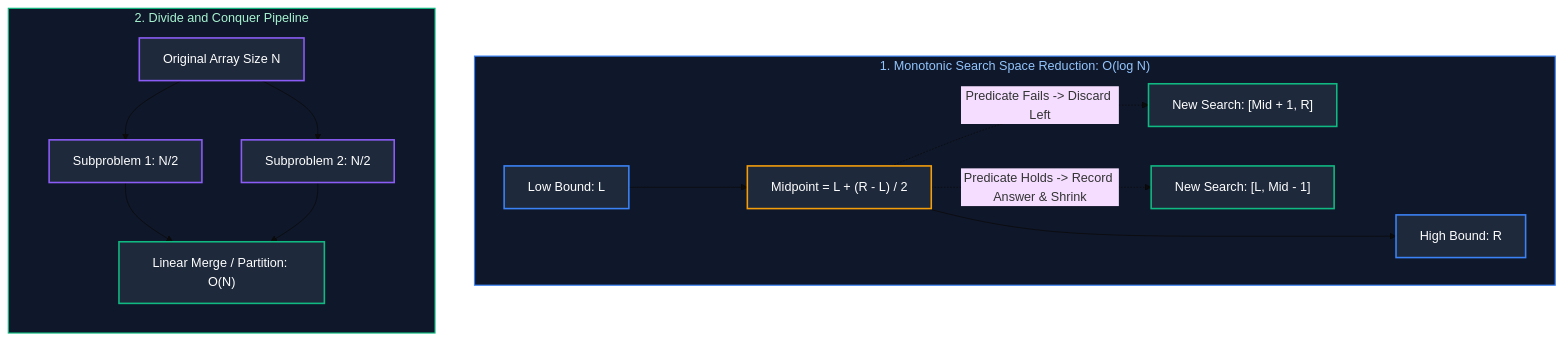
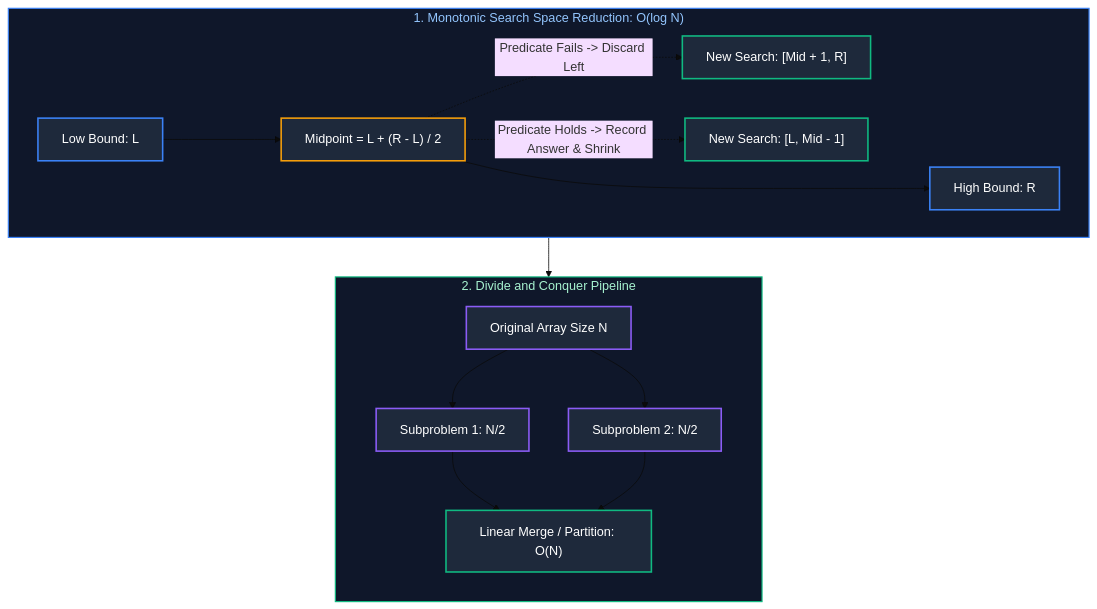
One commit to joydeep-biswas/Interview-Preparation changed the diagram in Supplemental Resources/Data Structures & Algorithms/04_binary_search_and_divide_and_conquer.md. Above: the diagram before and after it, drawn with Mermaid (base theme). The commit also changed other lines of this file and 63 other files, not shown here.

````diff
--- a/Supplemental Resources/Data Structures & Algorithms/04_binary_search_and_divide_and_conquer.md
+++ b/Supplemental Resources/Data Structures & Algorithms/04_binary_search_and_divide_and_conquer.md
@@ -9,29 +9,31 @@
 ```mermaid
 flowchart TD
     subgraph SearchSpace ["1. Monotonic Search Space Reduction: O(log N)"]
         direction LR
         Low["Low Bound: L"] ---> Mid["Midpoint = L + (R - L) / 2"] ---> High["High Bound: R"]
         Mid -.->|"Predicate Fails -> Discard Left"| NewL["New Search: [Mid + 1, R]"]
         Mid -.->|"Predicate Holds -> Record Answer & Shrink"| NewR["New Search: [L, Mid - 1]"]
     end
 
     subgraph DivideConquer ["2. Divide and Conquer Pipeline"]
         direction TB
         Problem["Original Array Size N"] --> Split1["Subproblem 1: N/2"]
         Problem --> Split2["Subproblem 2: N/2"]
         Split1 --> Merge["Linear Merge / Partition: O(N)"]
         Split2 --> Merge
     end
 
+    SearchSpace --> DivideConquer
+
     style SearchSpace fill:#0f172a,stroke:#3b82f6,stroke-width:1.5px,color:#93c5fd
     style DivideConquer fill:#0f172a,stroke:#10b981,stroke-width:1.5px,color:#a7f3d0
     style Low fill:#1e293b,stroke:#3b82f6,stroke-width:2px,color:#fff
     style Mid fill:#1e293b,stroke:#f59e0b,stroke-width:2px,color:#fff
     style High fill:#1e293b,stroke:#3b82f6,stroke-width:2px,color:#fff
     style NewL fill:#1e293b,stroke:#10b981,stroke-width:2px,color:#fff
     style NewR fill:#1e293b,stroke:#10b981,stroke-width:2px,color:#fff
     style Problem fill:#1e293b,stroke:#8b5cf6,stroke-width:2px,color:#fff
     style Split1 fill:#1e293b,stroke:#8b5cf6,stroke-width:2px,color:#fff
     style Split2 fill:#1e293b,stroke:#8b5cf6,stroke-width:2px,color:#fff
     style Merge fill:#1e293b,stroke:#10b981,stroke-width:2px,color:#fff
 ```
````
